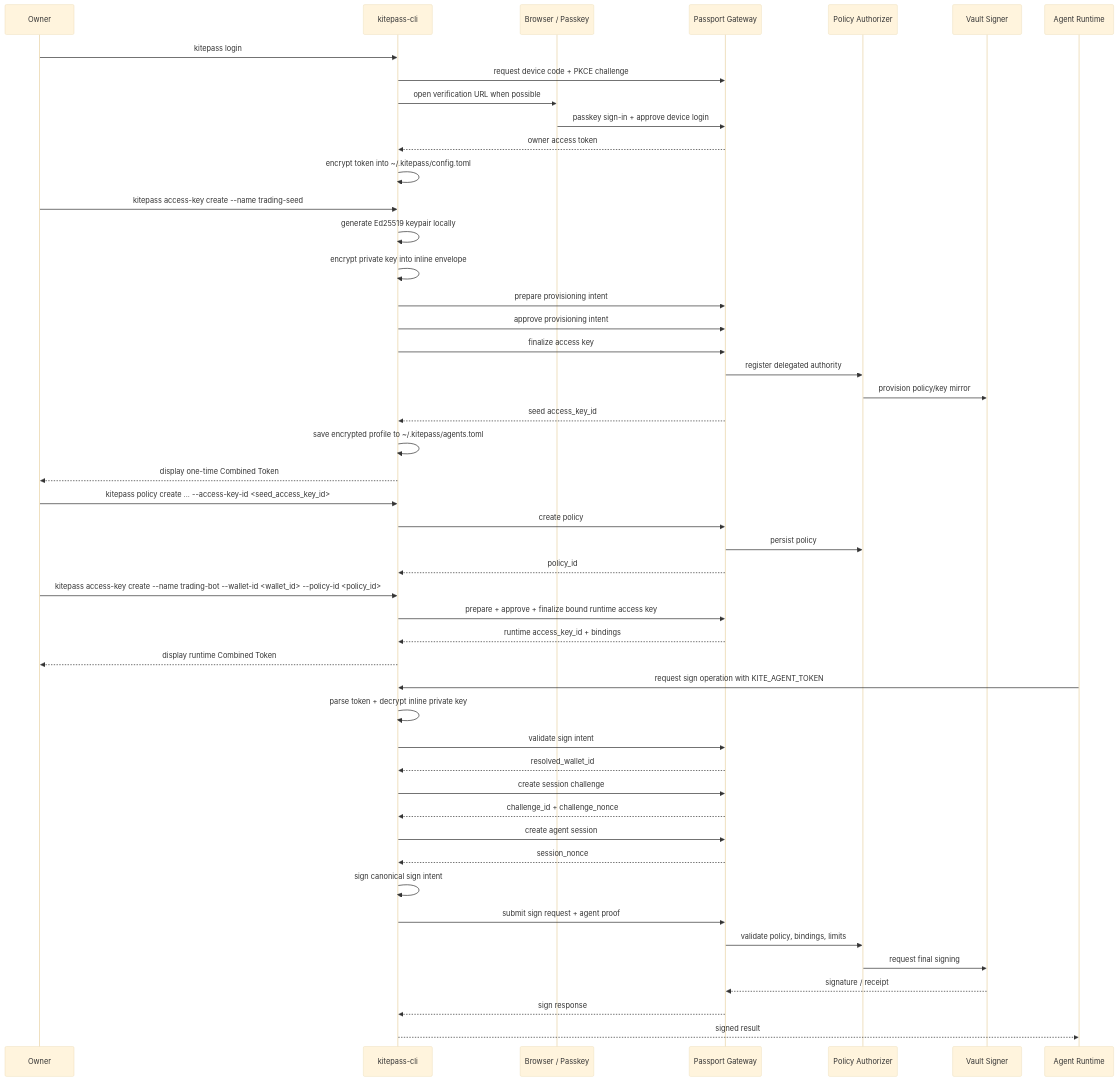
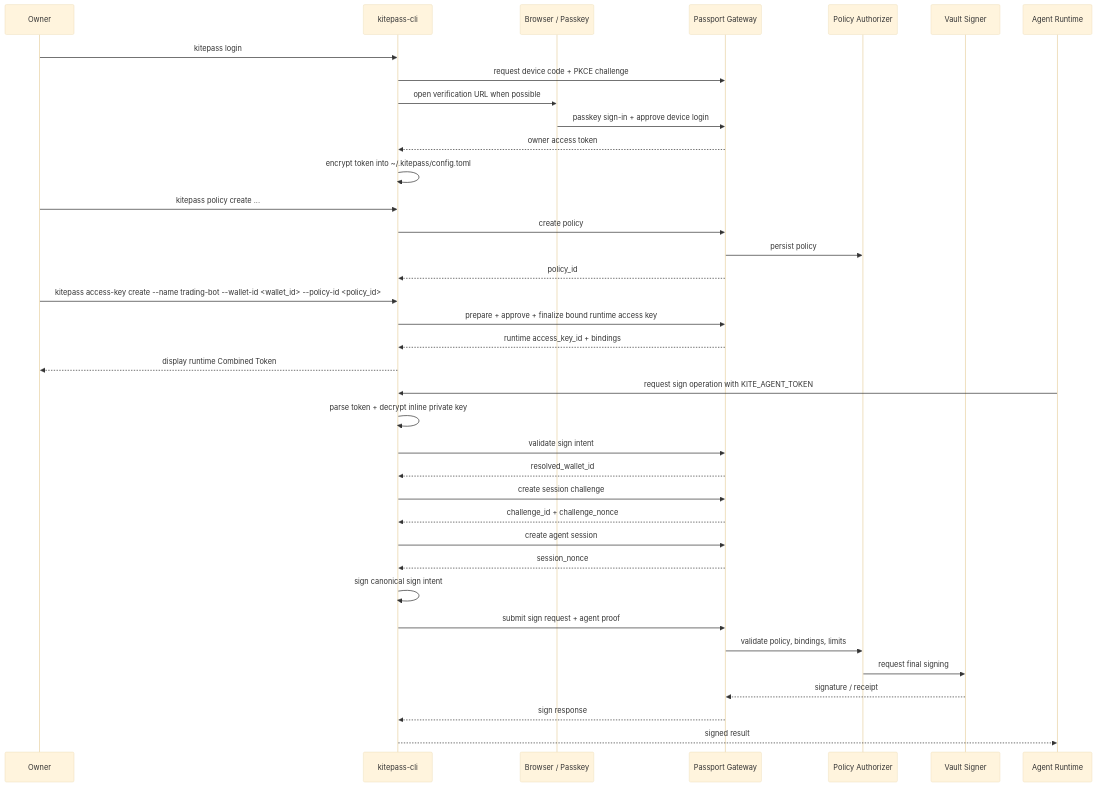
One commit to zfdang/agent-passport-cli changed the diagram in docs/owner-token-and-agent-access-key-flow.md. Above: the diagram before and after it, drawn with Mermaid (base theme). The commit also changed other lines of this file and 5 other files, not shown here.

Commit message:
remove bootstrap access key

````diff
--- a/docs/owner-token-and-agent-access-key-flow.md
+++ b/docs/owner-token-and-agent-access-key-flow.md
@@ -31,55 +31,43 @@
 ```mermaid
 sequenceDiagram
     participant Owner as Owner
     participant CLI as kitepass-cli
     participant Browser as Browser / Passkey
     participant Gateway as Passport Gateway
     participant Authz as Policy Authorizer
     participant Vault as Vault Signer
     participant Agent as Agent Runtime
 
     Owner->>CLI: kitepass login
     CLI->>Gateway: request device code + PKCE challenge
     CLI->>Browser: open verification URL when possible
     Browser->>Gateway: passkey sign-in + approve device login
     Gateway-->>CLI: owner access token
     CLI->>CLI: encrypt token into ~/.kitepass/config.toml
 
-    Owner->>CLI: kitepass access-key create --name trading-seed
-    CLI->>CLI: generate Ed25519 keypair locally
-    CLI->>CLI: encrypt private key into inline envelope
-    CLI->>Gateway: prepare provisioning intent
-    CLI->>Gateway: approve provisioning intent
-    CLI->>Gateway: finalize access key
-    Gateway->>Authz: register delegated authority
-    Authz->>Vault: provision policy/key mirror
-    Gateway-->>CLI: seed access_key_id
-    CLI->>CLI: save encrypted profile to ~/.kitepass/agents.toml
-    CLI-->>Owner: display one-time Combined Token
-
-    Owner->>CLI: kitepass policy create ... --access-key-id <seed_access_key_id>
+    Owner->>CLI: kitepass policy create ...
     CLI->>Gateway: create policy
     Gateway->>Authz: persist policy
     Gateway-->>CLI: policy_id
 
     Owner->>CLI: kitepass access-key create --name trading-bot --wallet-id <wallet_id> --policy-id <policy_id>
     CLI->>Gateway: prepare + approve + finalize bound runtime access key
     Gateway-->>CLI: runtime access_key_id + bindings
     CLI-->>Owner: display runtime Combined Token
 
     Agent->>CLI: request sign operation with KITE_AGENT_TOKEN
     CLI->>CLI: parse token + decrypt inline private key
     CLI->>Gateway: validate sign intent
     Gateway-->>CLI: resolved_wallet_id
     CLI->>Gateway: create session challenge
     Gateway-->>CLI: challenge_id + challenge_nonce
     CLI->>Gateway: create agent session
     Gateway-->>CLI: session_nonce
     CLI->>CLI: sign canonical sign intent
     CLI->>Gateway: submit sign request + agent proof
     Gateway->>Authz: validate policy, bindings, limits
     Authz->>Vault: request final signing
     Vault-->>Gateway: signature / receipt
     Gateway-->>CLI: sign response
     CLI-->>Agent: signed result
 ```
````
